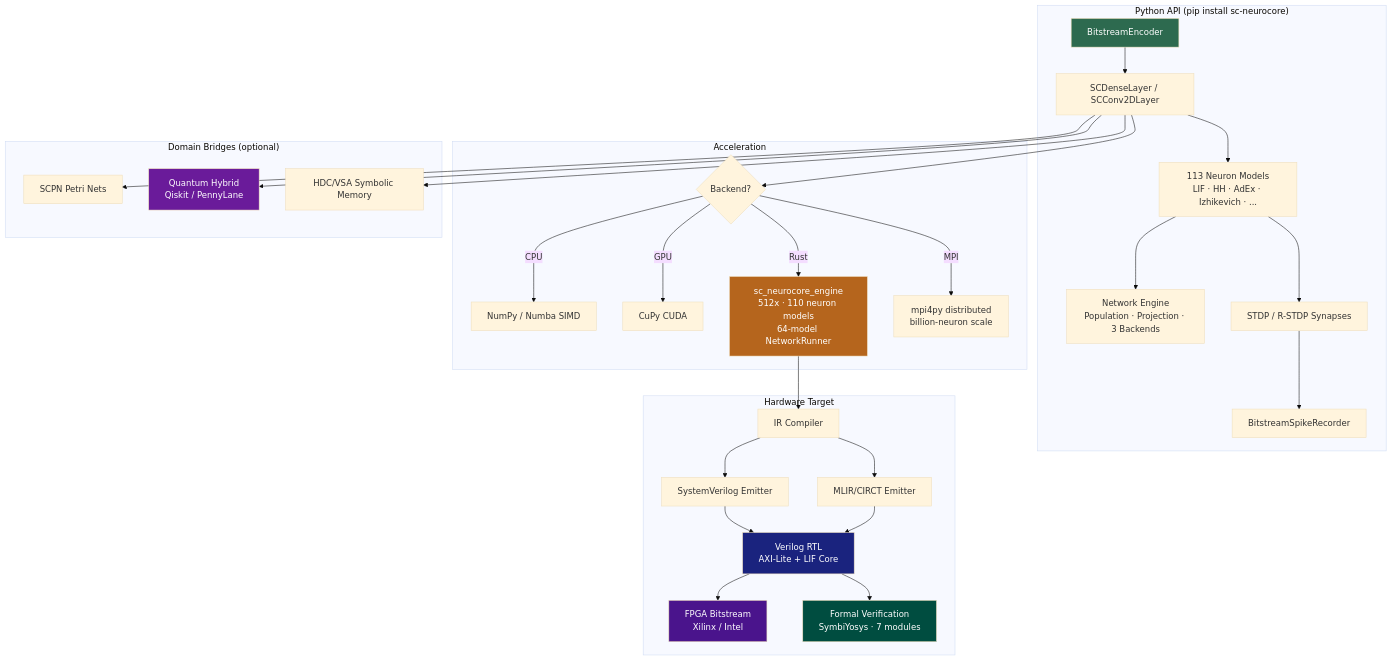
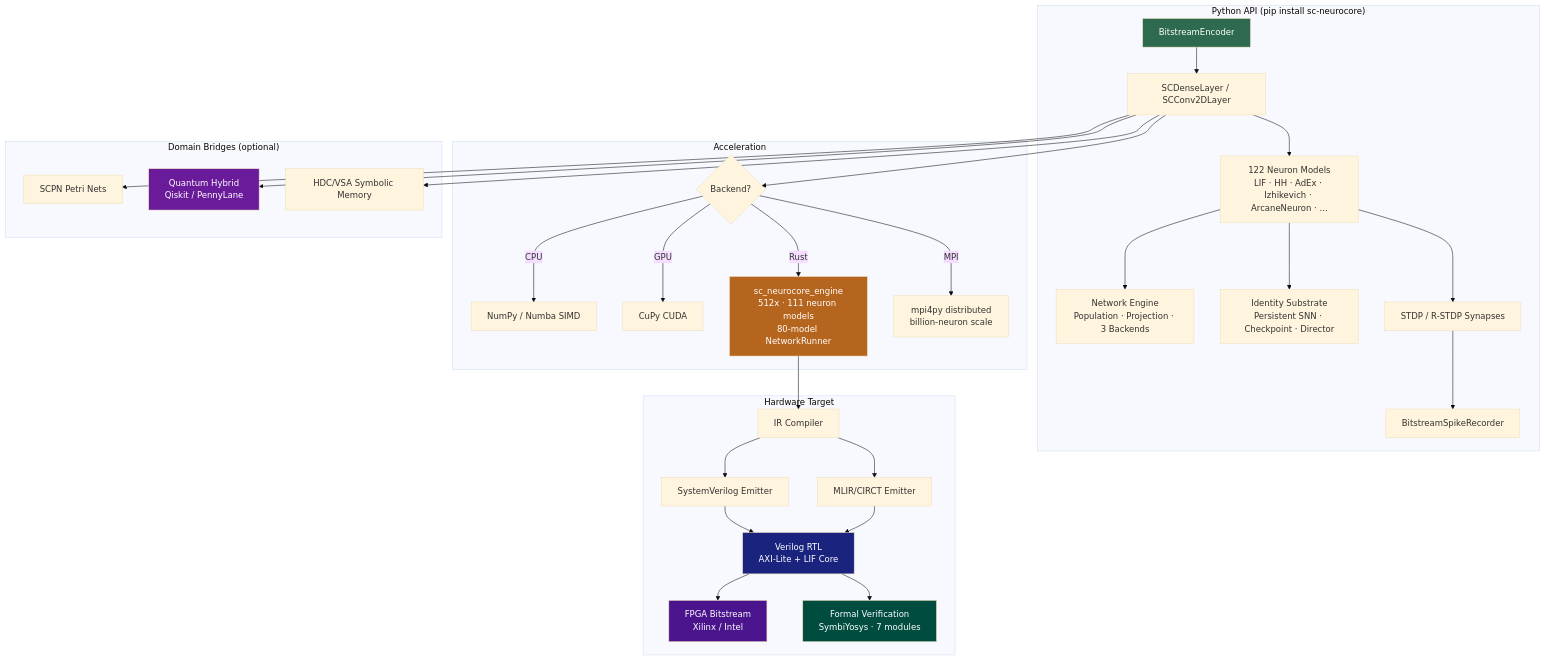
The diagram in README.md (anulum/sc-neurocore), drawn with Mermaid (base theme) before and after one commit. The commit also changed other lines of this file and 21 other files, not shown here.

First line of the commit message:
Document ALL features: ArcaneNeuron, identity substrate, AI models, etc.

````diff
--- a/README.md
+++ b/README.md
@@ -190,41 +216,42 @@
 ```mermaid
 graph TD
     subgraph "Python API (pip install sc-neurocore)"
         A[BitstreamEncoder] --> B[SCDenseLayer / SCConv2DLayer]
-        B --> C[113 Neuron Models<br/>LIF · HH · AdEx · Izhikevich · ...]
+        B --> C[122 Neuron Models<br/>LIF · HH · AdEx · Izhikevich · ArcaneNeuron · ...]
         C --> NET[Network Engine<br/>Population · Projection · 3 Backends]
+        C --> ID[Identity Substrate<br/>Persistent SNN · Checkpoint · Director]
         C --> D[STDP / R-STDP Synapses]
         D --> E[BitstreamSpikeRecorder]
     end
 
     subgraph "Acceleration"
         B --> F{Backend?}
         F -->|CPU| G[NumPy / Numba SIMD]
         F -->|GPU| H[CuPy CUDA]
-        F -->|Rust| I[sc_neurocore_engine<br/>512x · 110 neuron models<br/>64-model NetworkRunner]
+        F -->|Rust| I[sc_neurocore_engine<br/>512x · 111 neuron models<br/>80-model NetworkRunner]
         F -->|MPI| MPI[mpi4py distributed<br/>billion-neuron scale]
     end
 
     subgraph "Hardware Target"
         I --> J[IR Compiler]
         J --> K[SystemVerilog Emitter]
         J --> K2[MLIR/CIRCT Emitter]
         K --> L[Verilog RTL<br/>AXI-Lite + LIF Core]
         K2 --> L
         L --> M[FPGA Bitstream<br/>Xilinx / Intel]
         L --> V[Formal Verification<br/>SymbiYosys · 7 modules]
     end
 
     subgraph "Domain Bridges (optional)"
         B --> N[SCPN Petri Nets]
         B --> O[Quantum Hybrid<br/>Qiskit / PennyLane]
         B --> P[HDC/VSA Symbolic Memory]
     end
 
     style A fill:#2d6a4f,color:#fff
     style I fill:#b5651d,color:#fff
     style L fill:#1a237e,color:#fff
     style M fill:#4a148c,color:#fff
     style O fill:#6a1b9a,color:#fff
     style V fill:#004d40,color:#fff
 ```
````
